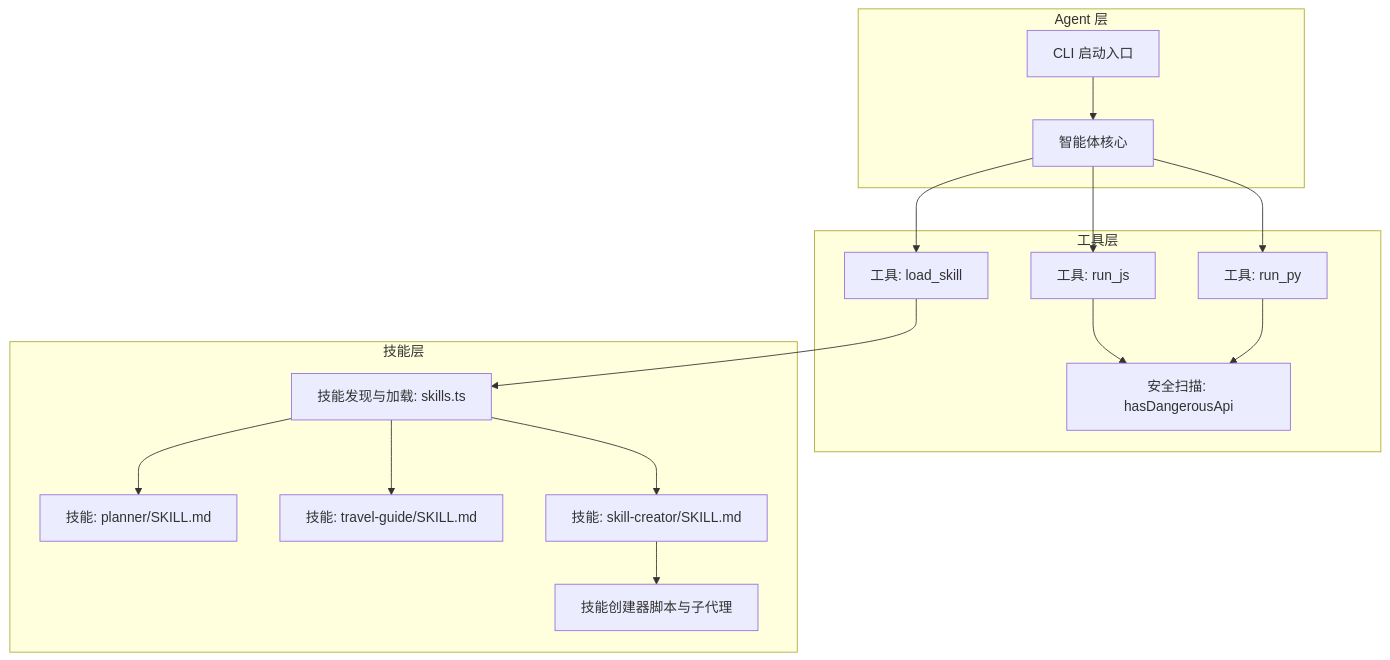
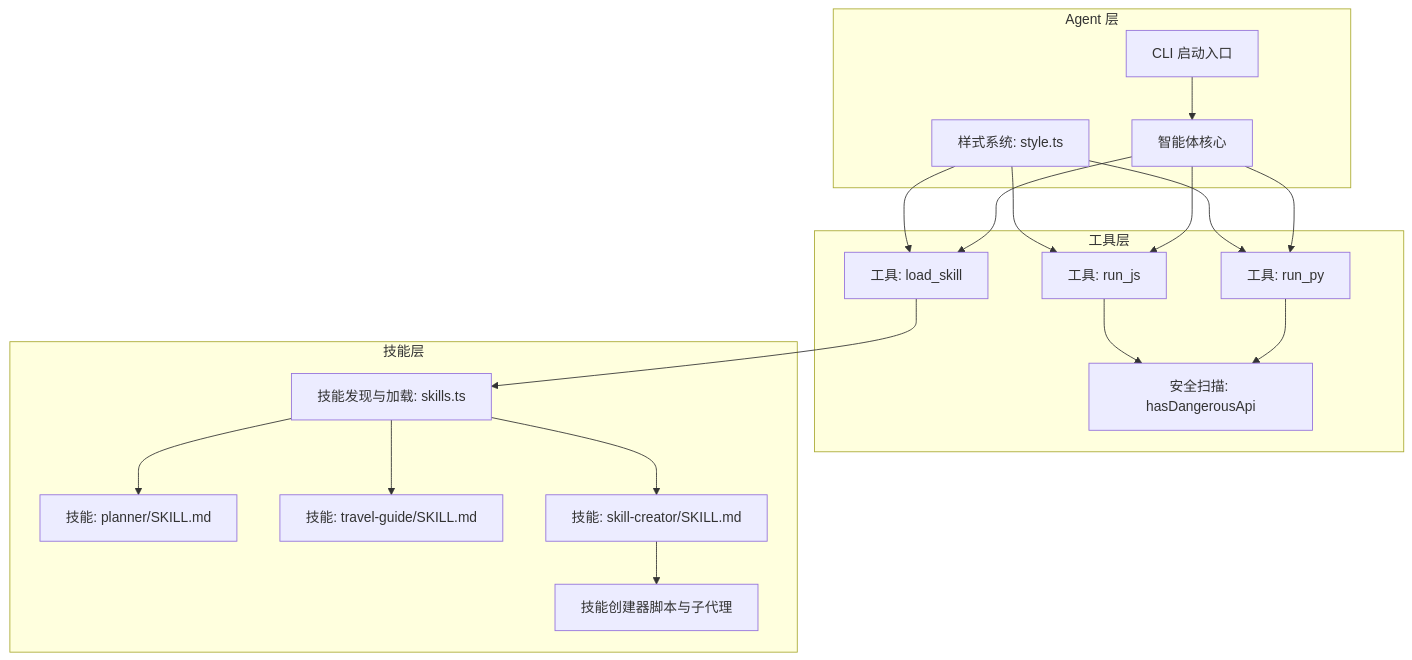
One commit to HAOFUYANG/onion-code changed the first of 7 diagrams in .qoder/repowiki/zh/content/技能系统/技能系统.md. Above: the diagram before and after it, drawn with Mermaid. The commit also changed other lines of this file and 5 other files, not shown here.

````diff
--- a/.qoder/repowiki/zh/content/技能系统/技能系统.md
+++ b/.qoder/repowiki/zh/content/技能系统/技能系统.md
@@ -52,31 +55,35 @@
 ```mermaid
 graph TB
 subgraph "Agent 层"
 CLI["CLI 启动入口"]
 Agent["智能体核心"]
+Style["样式系统: style.ts"]
 end
 subgraph "工具层"
 LoadSkill["工具: load_skill"]
 RunJS["工具: run_js"]
 RunPy["工具: run_py"]
 Security["安全扫描: hasDangerousApi"]
+Style --> LoadSkill
+Style --> RunJS
+Style --> RunPy
 end
 subgraph "技能层"
 SkillsTS["技能发现与加载: skills.ts"]
 Planner["技能: planner/SKILL.md"]
 TravelGuide["技能: travel-guide/SKILL.md"]
 SkillCreator["技能: skill-creator/SKILL.md"]
 Scripts["技能创建器脚本与子代理"]
 end
 CLI --> Agent
 Agent --> LoadSkill
 Agent --> RunJS
 Agent --> RunPy
 LoadSkill --> SkillsTS
 RunJS --> Security
 RunPy --> Security
 SkillsTS --> Planner
 SkillsTS --> TravelGuide
 SkillsTS --> SkillCreator
 SkillCreator --> Scripts
 ```
````
